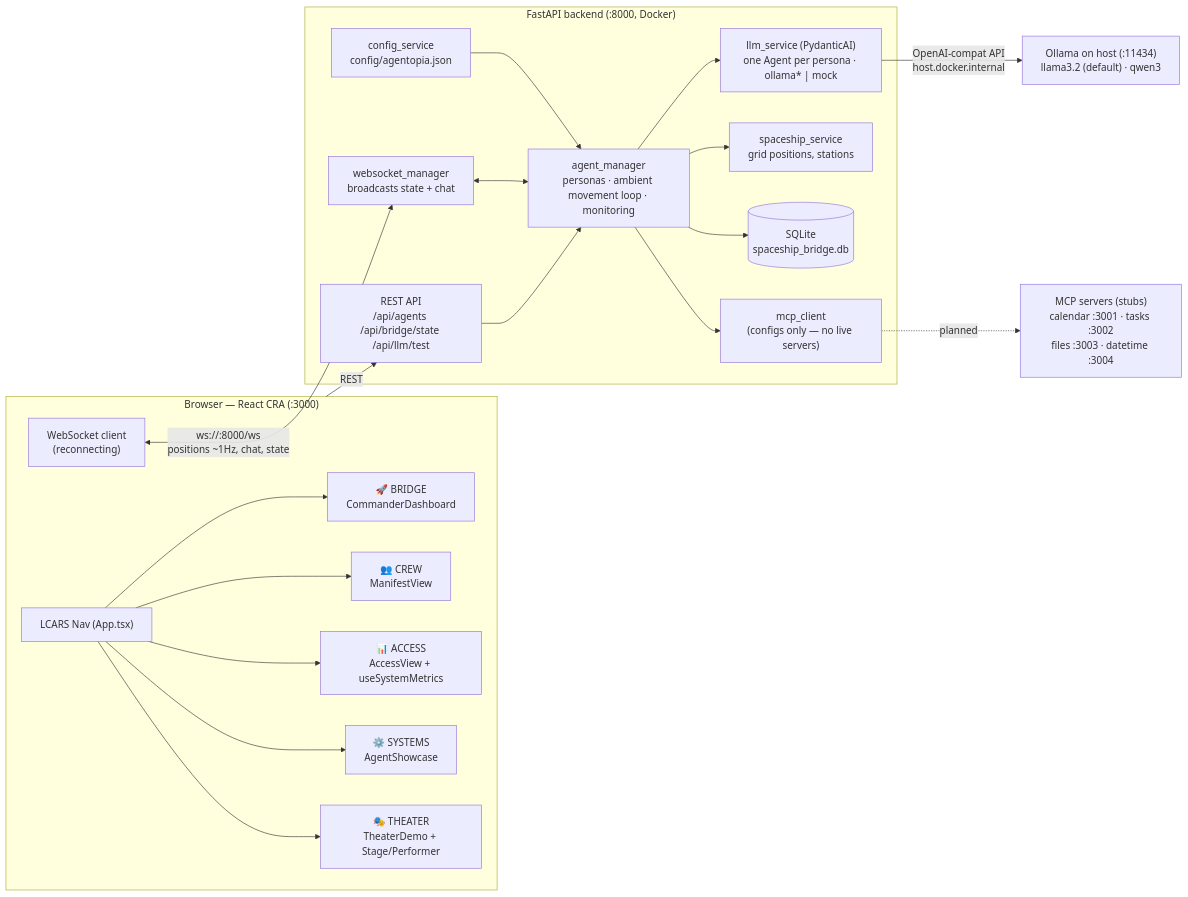
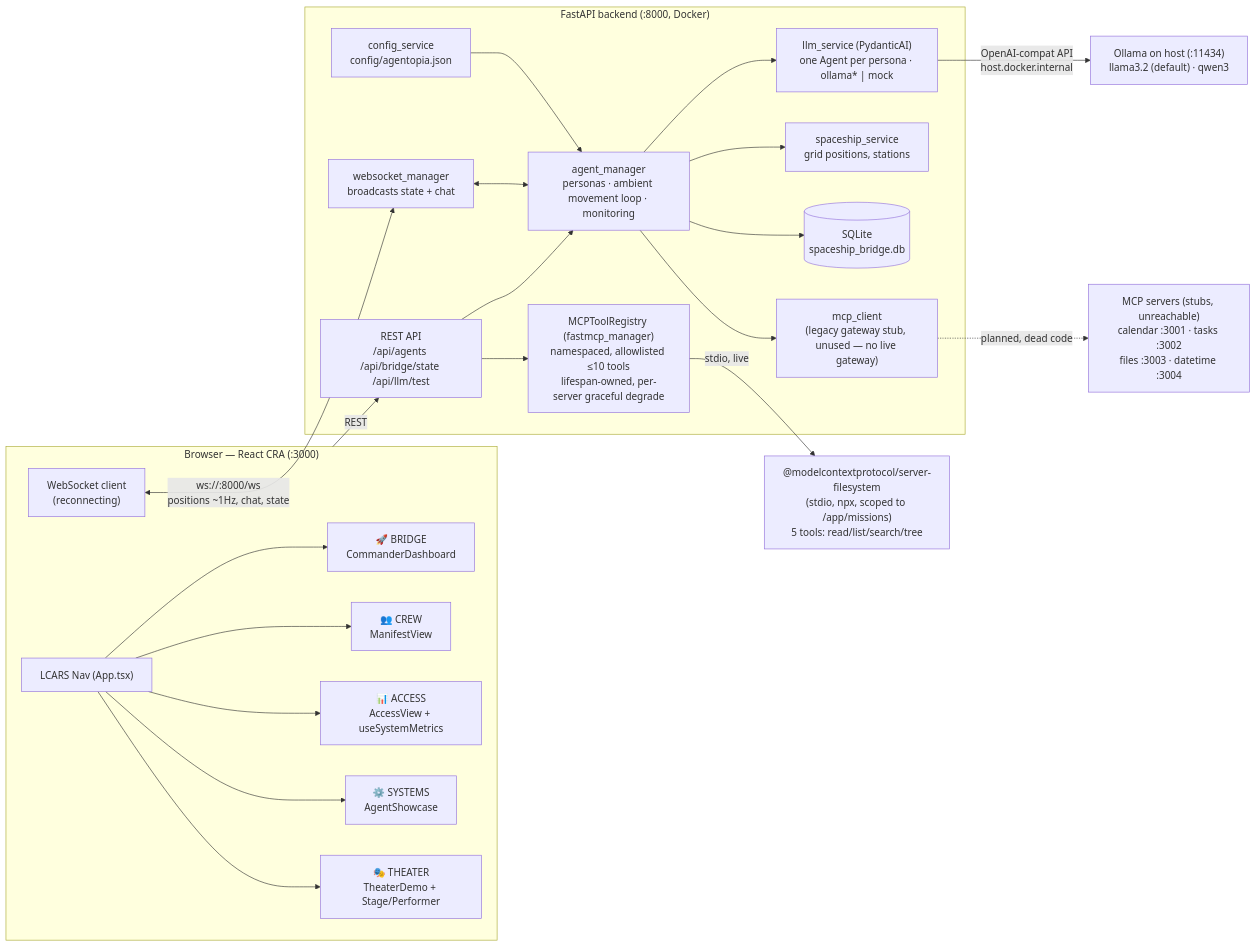
The first of 2 diagrams in docs/architecture/SYSTEM_DIAGRAM.md (drews/agentopia), drawn with Mermaid before and after one commit. The commit also changed other lines of this file and 7 other files, not shown here.

First line of the commit message:
feat: land FastMCP tool registry with filesystem server (openspec 2.1/2.2)

````diff
--- a/docs/architecture/SYSTEM_DIAGRAM.md
+++ b/docs/architecture/SYSTEM_DIAGRAM.md
@@ -8,37 +8,41 @@
 ```mermaid
 flowchart LR
     subgraph Browser["Browser — React CRA (:3000)"]
         NAV["LCARS Nav (App.tsx)"]
         BRIDGE["🚀 BRIDGE<br/>CommanderDashboard"]
         CREW["👥 CREW<br/>ManifestView"]
         ACCESS["📊 ACCESS<br/>AccessView + useSystemMetrics"]
         SYSTEMS["⚙️ SYSTEMS<br/>AgentShowcase"]
         THEATER["🎭 THEATER<br/>TheaterDemo + Stage/Performer"]
         NAV --> BRIDGE & CREW & ACCESS & SYSTEMS & THEATER
         WSC["WebSocket client<br/>(reconnecting)"]
     end
 
     subgraph Backend["FastAPI backend (:8000, Docker)"]
         API["REST API<br/>/api/agents /api/bridge/state /api/llm/test"]
         WSM["websocket_manager<br/>broadcasts state + chat"]
         AM["agent_manager<br/>personas · ambient movement loop · monitoring"]
         LLM["llm_service (PydanticAI)<br/>one Agent per persona · ollama* | mock"]
         SS["spaceship_service<br/>grid positions, stations"]
         CFG["config_service<br/>config/agentopia.json"]
         DB[("SQLite<br/>spaceship_bridge.db")]
-        MCPC["mcp_client<br/>(configs only — no live servers)"]
+        MCPC["mcp_client<br/>(legacy gateway stub, unused — no live gateway)"]
+        REG["MCPToolRegistry (fastmcp_manager)<br/>namespaced, allowlisted ≤10 tools<br/>lifespan-owned, per-server graceful degrade"]
         API --> AM
         WSM <--> AM
         AM --> LLM & SS & MCPC
         AM --> DB
         CFG --> AM
+        API --> REG
     end
 
     OLLAMA["Ollama on host (:11434)<br/>llama3.2 (default) · qwen3"]
-    MCPS["MCP servers (stubs)<br/>calendar :3001 · tasks :3002<br/>files :3003 · datetime :3004"]
+    MCPS["MCP servers (stubs, unreachable)<br/>calendar :3001 · tasks :3002<br/>files :3003 · datetime :3004"]
+    FSSRV["@modelcontextprotocol/server-filesystem<br/>(stdio, npx, scoped to /app/missions)<br/>5 tools: read/list/search/tree"]
 
     WSC <-->|"ws://:8000/ws<br/>positions ~1Hz, chat, state"| WSM
     Browser -->|REST| API
     LLM -->|"OpenAI-compat API<br/>host.docker.internal"| OLLAMA
-    MCPC -.->|planned| MCPS
+    MCPC -.->|planned, dead code| MCPS
+    REG -->|"stdio, live"| FSSRV
 ```
````
